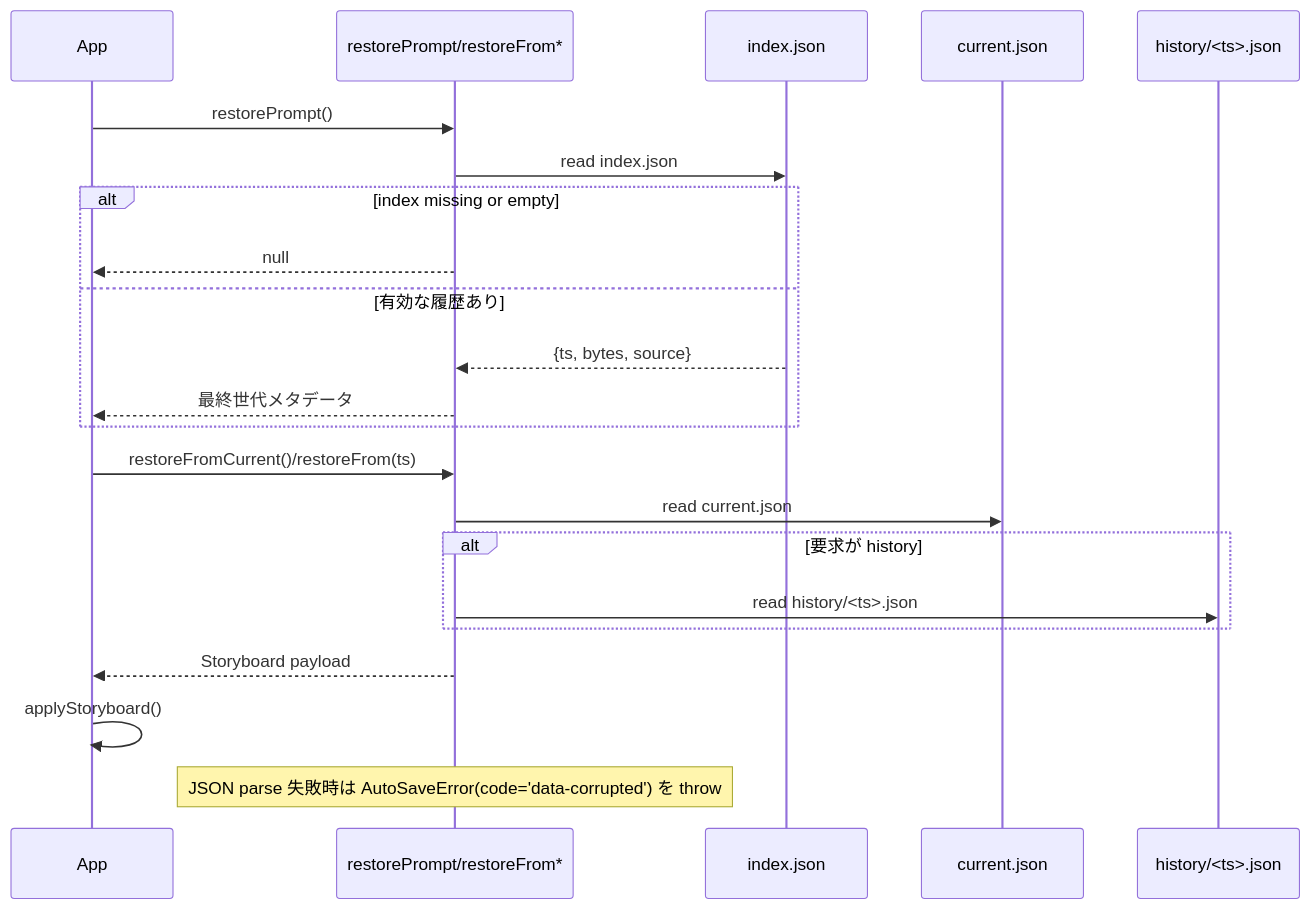
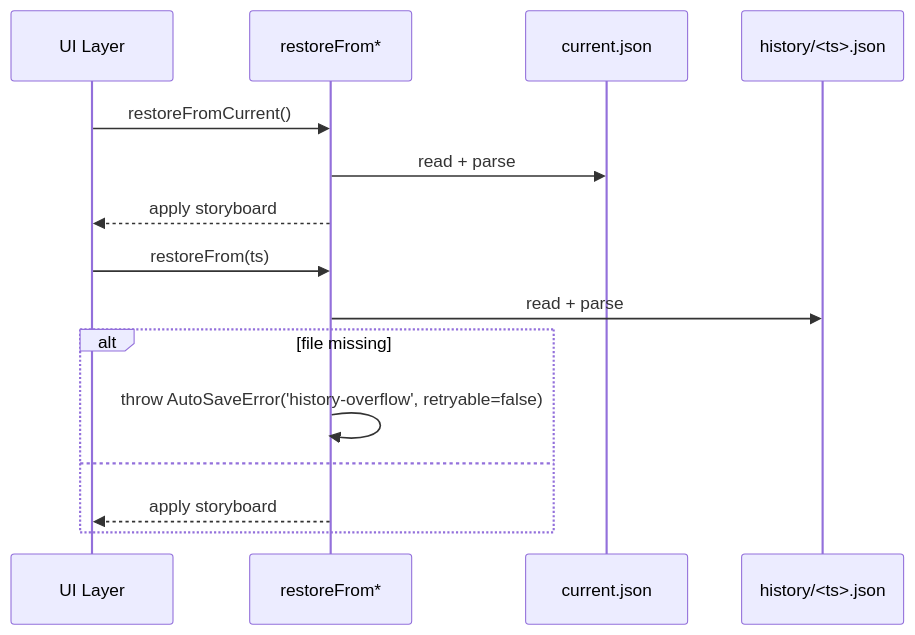
The fourth of 13 diagrams in docs/AUTOSAVE-DESIGN-IMPL.md (RNA4219/Conimgponic), drawn with Mermaid before and after one commit. The commit also changed other lines of this file and 1 other file, not shown here.

````diff
--- a/docs/AUTOSAVE-DESIGN-IMPL.md
+++ b/docs/AUTOSAVE-DESIGN-IMPL.md
@@ -60,25 +133,18 @@
 ```mermaid
 sequenceDiagram
-  participant UI as App
-  participant Restore as restorePrompt/restoreFrom*
-  participant Index as index.json
+  participant UI as UI Layer
+  participant Restore as restoreFrom*
   participant Current as current.json
   participant History as history/<ts>.json
 
-  UI->>Restore: restorePrompt()
-  Restore->>Index: read index.json
-  alt index missing or empty
-    Restore-->>UI: null
-  else 有効な履歴あり
-    Index-->>Restore: {ts, bytes, source}
-    Restore-->>UI: 最終世代メタデータ
+  UI->>Restore: restoreFromCurrent()
+  Restore->>Current: read + parse
+  Restore-->>UI: apply storyboard
+  UI->>Restore: restoreFrom(ts)
+  Restore->>History: read + parse
+  alt file missing
+    Restore->>Restore: throw AutoSaveError('history-overflow', retryable=false)
+  else
+    Restore-->>UI: apply storyboard
   end
-  UI->>Restore: restoreFromCurrent()/restoreFrom(ts)
-  Restore->>Current: read current.json
-  alt 要求が history
-    Restore->>History: read history/<ts>.json
-  end
-  Restore-->>UI: Storyboard payload
-  UI->>UI: applyStoryboard()
-  Note over Restore: JSON parse 失敗時は AutoSaveError(code='data-corrupted') を throw
 ```
````
